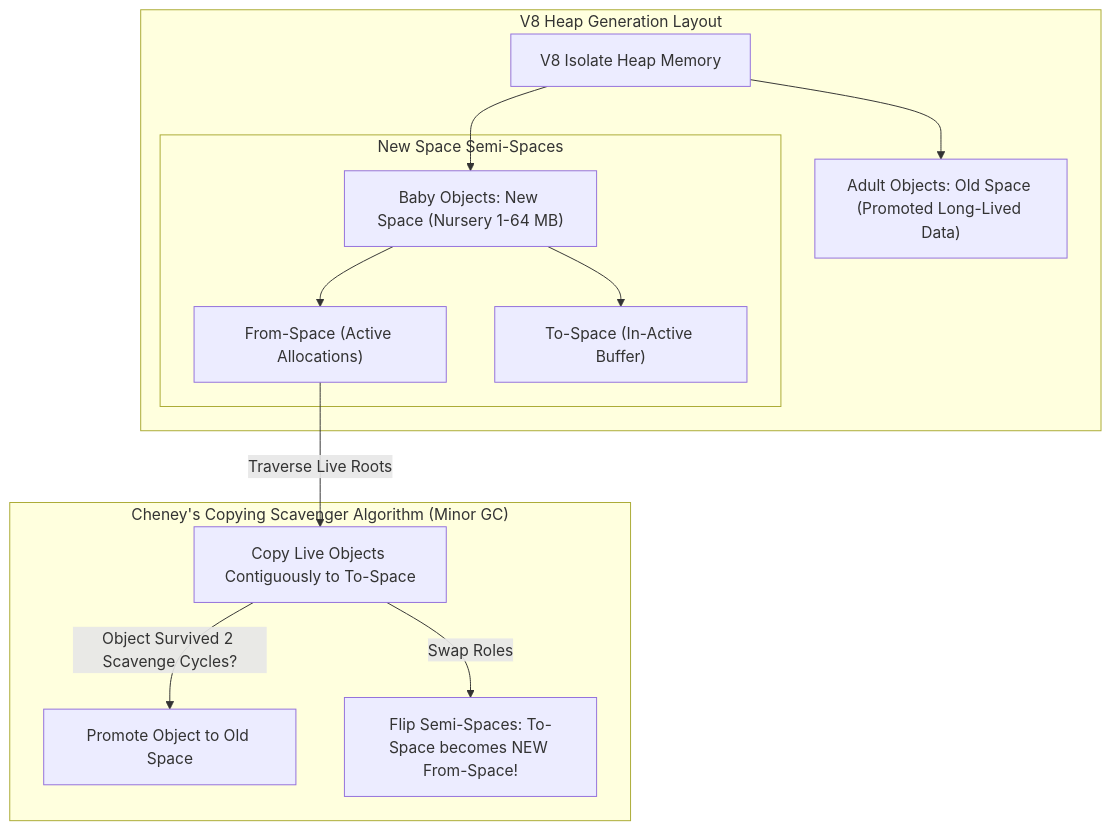
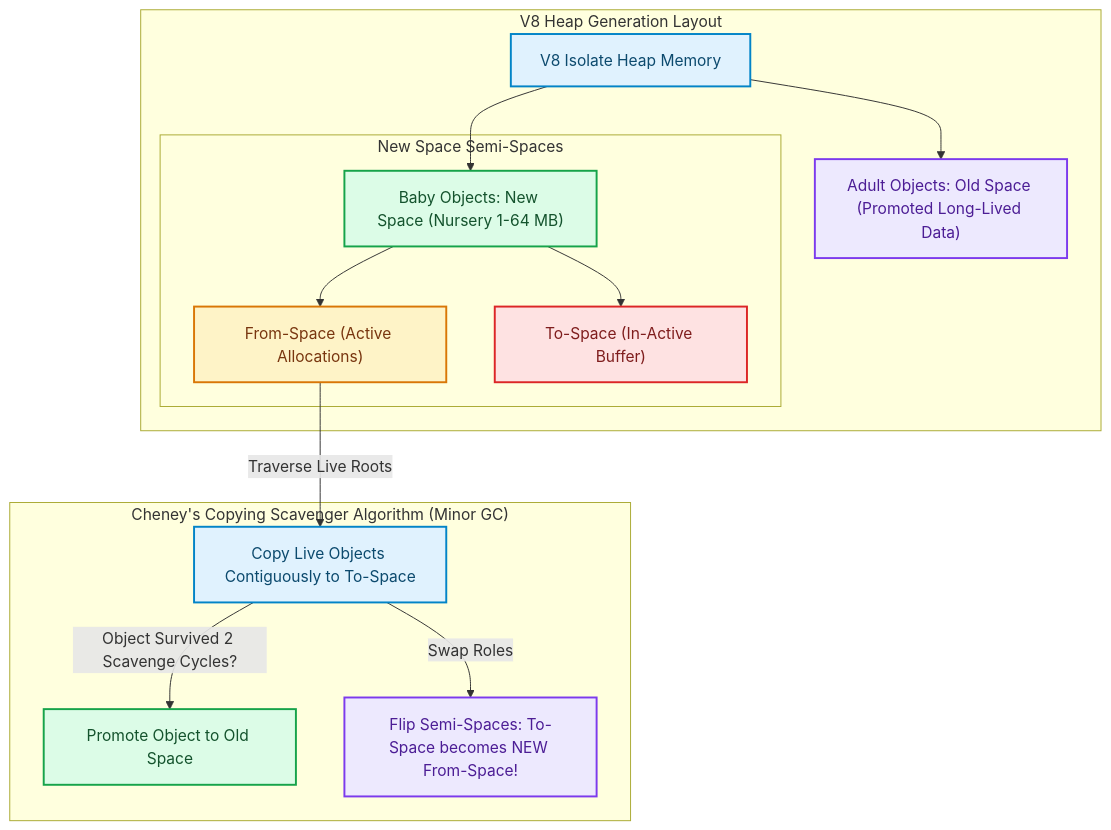
One commit to akmalkhaniub/akmalkhaniub.github.io changed the diagram in blog/posts/v8-javascript-engine-memory-management-orinoco-scavenger.md. Above: the diagram before and after it, drawn with Mermaid. The commit also changed other lines of this file and 1291 other files, not shown here.

First line of the commit message:
feat(catalog): unique covers, scholarly references, and diagram palettes

````diff
--- a/blog/posts/v8-javascript-engine-memory-management-orinoco-scavenger.md
+++ b/blog/posts/v8-javascript-engine-memory-management-orinoco-scavenger.md
@@ -19,18 +19,29 @@
 ```mermaid
 flowchart TD
   subgraph SG1_V8HeapGeneration ["V8 Heap Generation Layout"]
-    Heap[V8 Isolate Heap Memory] --> NewSpace["Baby Objects: New Space (Nursery 1-64 MB)"]
+    Heap["V8 Isolate Heap Memory"] --> NewSpace["Baby Objects: New Space (Nursery 1-64 MB)"]
     Heap --> OldSpace["Adult Objects: Old Space (Promoted Long-Lived Data)"]
     
     subgraph SG2_NewSpaceSemi ["New Space Semi-Spaces"]
       NewSpace --> FromSpace["From-Space (Active Allocations)"]
       NewSpace --> ToSpace["To-Space (In-Active Buffer)"]
     end
   end
   
   subgraph SG3_CheneySCopying ["Cheney's Copying Scavenger Algorithm (Minor GC)"]
-    FromSpace -->|Traverse Live Roots| Copy[Copy Live Objects Contiguously to To-Space]
-    Copy -->|Object Survived 2 Scavenge Cycles?| Promote[Promote Object to Old Space]
+    FromSpace -->|Traverse Live Roots| Copy["Copy Live Objects Contiguously to To-Space"]
+    Copy -->|Object Survived 2 Scavenge Cycles?| Promote["Promote Object to Old Space"]
     Copy -->|Swap Roles| Flip[" Flip Semi-Spaces: To-Space becomes NEW From-Space!"]
   end
+
+classDef green fill:#dcfce7,stroke:#16a34a,stroke-width:2px,color:#14532d;
+classDef red fill:#fee2e2,stroke:#dc2626,stroke-width:2px,color:#7f1d1d;
+classDef blue fill:#e0f2fe,stroke:#0284c7,stroke-width:2px,color:#0c4a6e;
+classDef yellow fill:#fef3c7,stroke:#d97706,stroke-width:2px,color:#78350f;
+classDef purple fill:#ede9fe,stroke:#7c3aed,stroke-width:2px,color:#4c1d95;
+class Heap,Copy blue
+class NewSpace,Promote green
+class OldSpace,Flip purple
+class FromSpace yellow
+class ToSpace red
 ```
````
